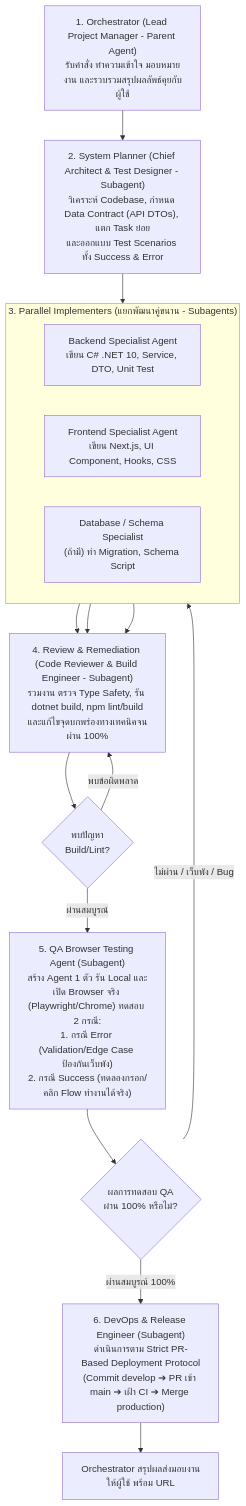
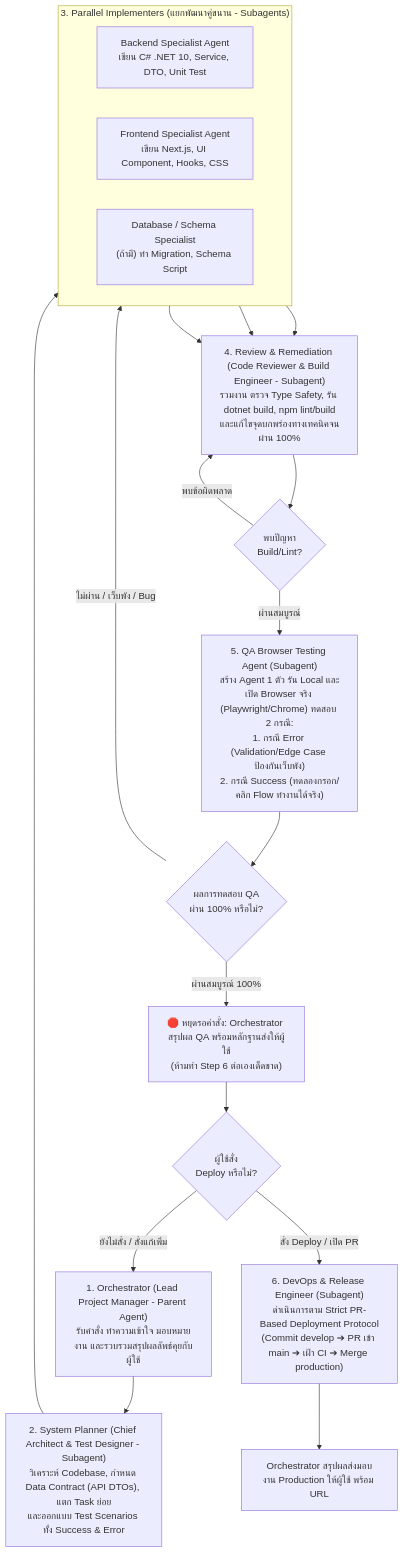
The diagram in GEMINI.md (IamPanawatDev/PocketWise), drawn with Mermaid before and after one commit. The commit also changed other lines of this file and 1 other file, not shown here.

Commit message:
docs(rules): enforce dev up to step 5 only, require explicit command for step 6 deploy

````diff
--- a/GEMINI.md
+++ b/GEMINI.md
@@ -197,25 +199,28 @@
 ```mermaid
 flowchart TD
     Step1["1. Orchestrator (Lead Project Manager - Parent Agent)\nรับคำสั่ง ทำความเข้าใจ มอบหมายงาน และรวบรวมสรุปผลลัพธ์คุยกับผู้ใช้"] --> Step2["2. System Planner (Chief Architect & Test Designer - Subagent)\nวิเคราะห์ Codebase, กำหนด Data Contract (API DTOs), แตก Task ย่อย\nและออกแบบ Test Scenarios ทั้ง Success & Error"]
     
     subgraph Step3 ["3. Parallel Implementers (แยกพัฒนาคู่ขนาน - Subagents)"]
         direction LR
         DevBackend["Backend Specialist Agent\nเขียน C# .NET 10, Service, DTO, Unit Test"]
         DevFrontend["Frontend Specialist Agent\nเขียน Next.js, UI Component, Hooks, CSS"]
         DevDB["Database / Schema Specialist\n(ถ้ามี) ทำ Migration, Schema Script"]
     end
 
     Step2 --> Step3
     DevBackend --> Step4["4. Review & Remediation (Code Reviewer & Build Engineer - Subagent)\nรวมงาน ตรวจ Type Safety, รัน dotnet build, npm lint/build\nและแก้ไขจุดบกพร่องทางเทคนิคจนผ่าน 100%"]
     DevFrontend --> Step4
     DevDB --> Step4
 
     Step4 --> Check1{"พบปัญหา\nBuild/Lint?"}
     Check1 -- "พบข้อผิดพลาด" --> Step4
     Check1 -- "ผ่านสมบูรณ์" --> Step5["5. QA Browser Testing Agent (Subagent)\nสร้าง Agent 1 ตัว รัน Local และเปิด Browser จริง (Playwright/Chrome) ทดสอบ 2 กรณี:\n1. กรณี Error (Validation/Edge Case ป้องกันเว็บพัง)\n2. กรณี Success (ทดลองกรอก/คลิก Flow ทำงานได้จริง)"]
     
     Step5 --> Check2{"ผลการทดสอบ QA\nผ่าน 100% หรือไม่?"}
     Check2 -- "ไม่ผ่าน / เว็บพัง / Bug" --> Step3
-    Check2 -- "ผ่านสมบูรณ์ 100%" --> Step6["6. DevOps & Release Engineer (Subagent)\nดำเนินการตาม Strict PR-Based Deployment Protocol\n(Commit develop ➔ PR เข้า main ➔ เฝ้า CI ➔ Merge production)"]
-    Step6 --> Done["Orchestrator สรุปผลส่งมอบงานให้ผู้ใช้ พร้อม URL"]
+    Check2 -- "ผ่านสมบูรณ์ 100%" --> Pause["🛑 หยุดรอคำสั่ง: Orchestrator สรุปผล QA พร้อมหลักฐานส่งให้ผู้ใช้\n(ห้ามทำ Step 6 ต่อเองเด็ดขาด)"]
+    Pause --> UserDecision{"ผู้ใช้สั่ง\nDeploy หรือไม่?"}
+    UserDecision -- "ยังไม่สั่ง / สั่งแก้เพิ่ม" --> Step1
+    UserDecision -- "สั่ง Deploy / เปิด PR" --> Step6["6. DevOps & Release Engineer (Subagent)\nดำเนินการตาม Strict PR-Based Deployment Protocol\n(Commit develop ➔ PR เข้า main ➔ เฝ้า CI ➔ Merge production)"]
+    Step6 --> Done["Orchestrator สรุปผลส่งมอบงาน Production ให้ผู้ใช้ พร้อม URL"]
 ```
````
